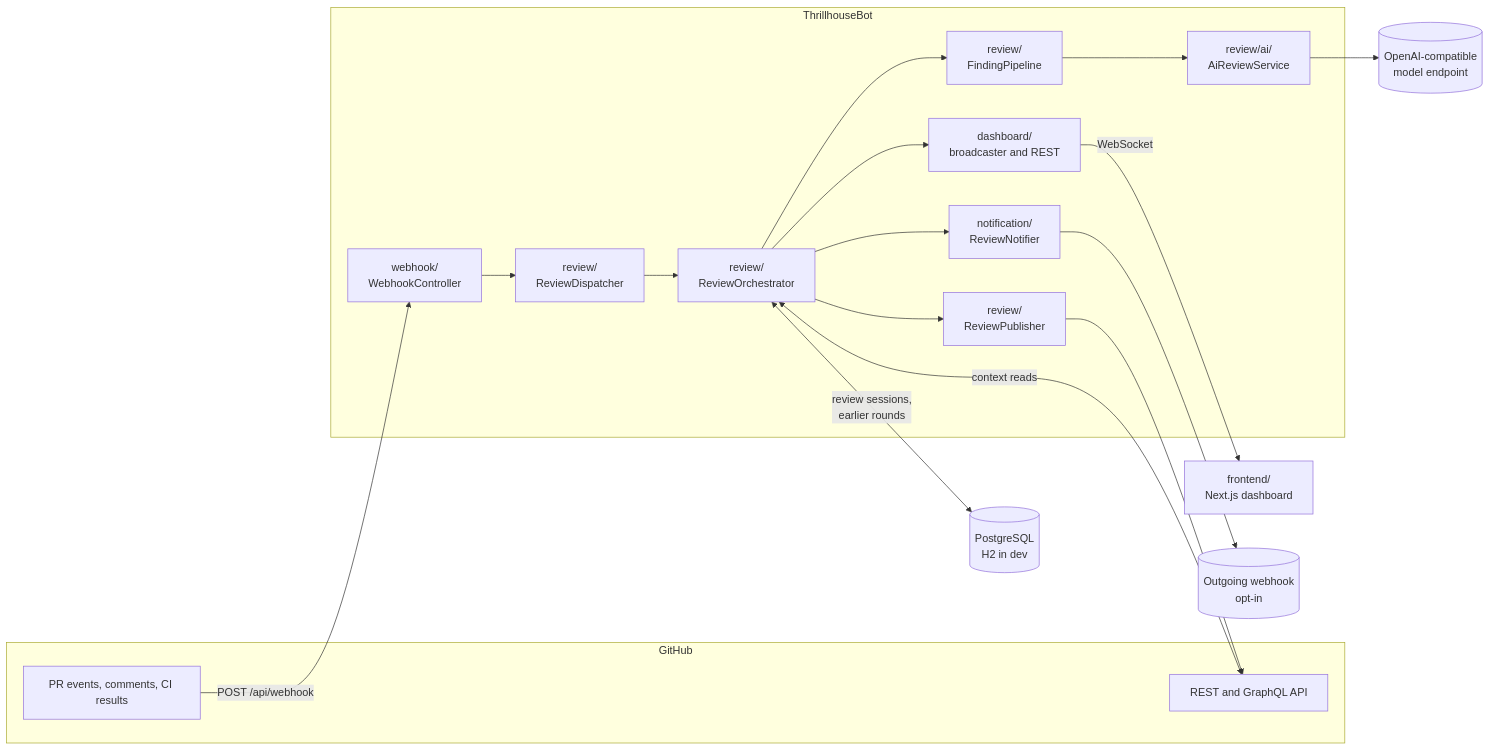
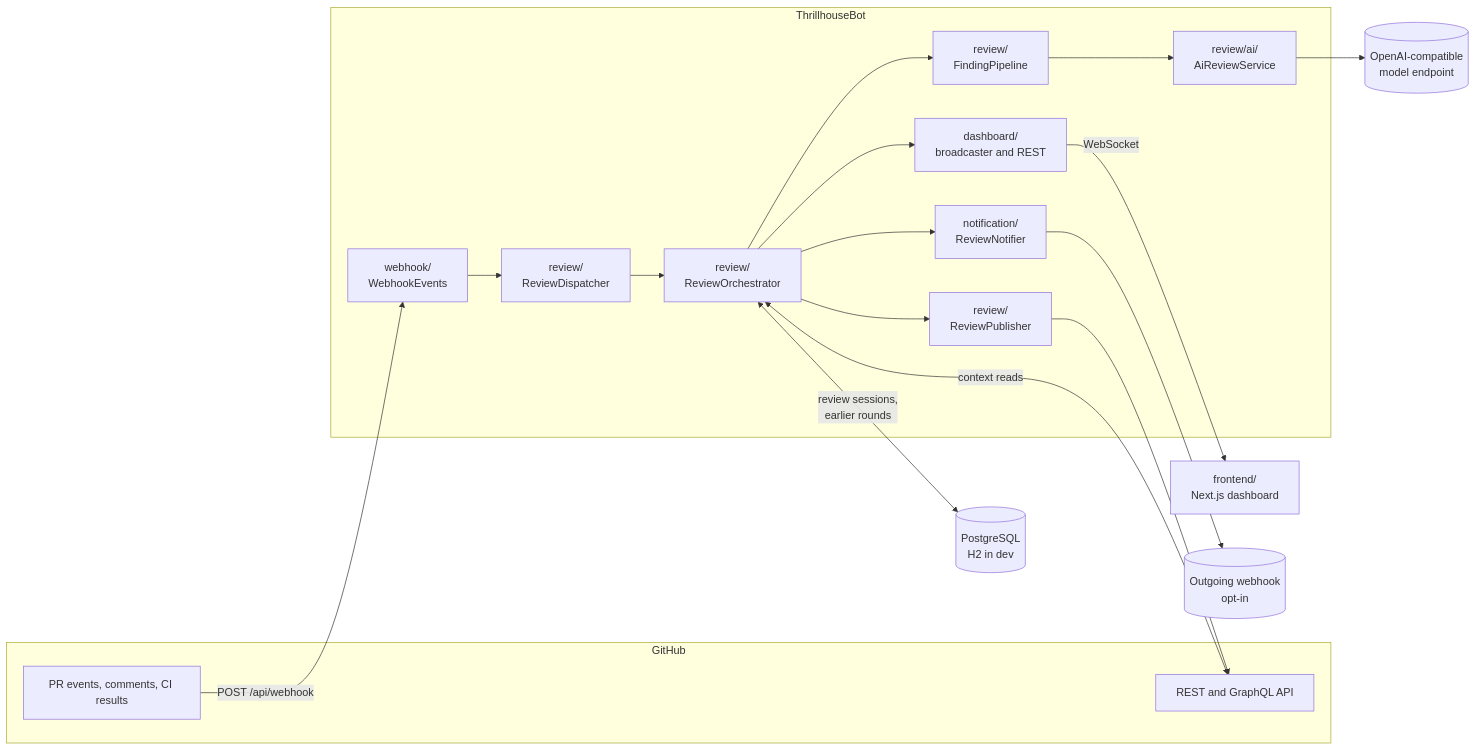
One commit to devops-thiago/ThrillhouseBot changed the first of 4 diagrams in docs/ARCHITECTURE.md. Above: the diagram before and after it, drawn with Mermaid. The commit also changed other lines of this file and 18 other files, not shown here.

````diff
--- a/docs/ARCHITECTURE.md
+++ b/docs/ARCHITECTURE.md
@@ -16,31 +16,31 @@
 ```mermaid
 flowchart LR
     subgraph GH[GitHub]
         EV[PR events, comments, CI results]
         API[REST and GraphQL API]
     end
 
     subgraph BOT[ThrillhouseBot]
-        WH[webhook/<br/>WebhookController]
+        WH[webhook/<br/>WebhookEvents]
         DSP[review/<br/>ReviewDispatcher]
         RO[review/<br/>ReviewOrchestrator]
         FP[review/<br/>FindingPipeline]
         AI[review/ai/<br/>AiReviewService]
         PUB[review/<br/>ReviewPublisher]
         DASH[dashboard/<br/>broadcaster and REST]
         NOTE[notification/<br/>ReviewNotifier]
     end
 
     LLM[(OpenAI-compatible<br/>model endpoint)]
     DB[(PostgreSQL<br/>H2 in dev)]
     UI[frontend/<br/>Next.js dashboard]
     HOOK[(Outgoing webhook<br/>opt-in)]
 
     EV -->|POST /api/webhook| WH --> DSP --> RO
     RO --> FP --> AI --> LLM
     RO --> PUB --> API
     RO <-->|context reads| API
     RO <-->|review sessions,<br/>earlier rounds| DB
     RO --> DASH -->|WebSocket| UI
     RO --> NOTE --> HOOK
 ```
````
